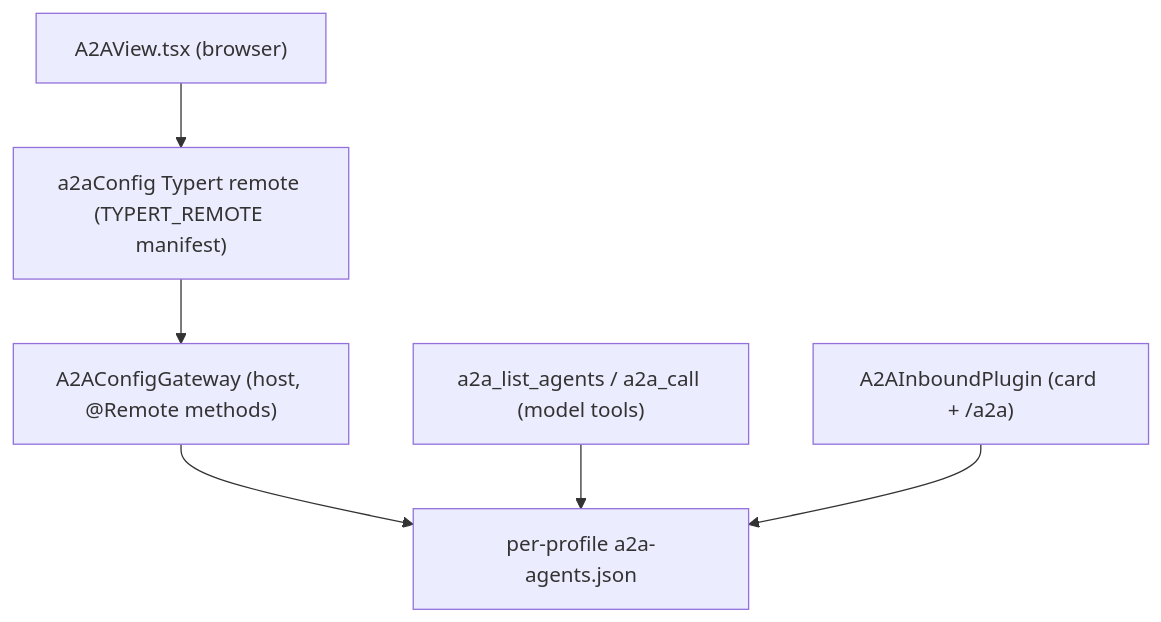
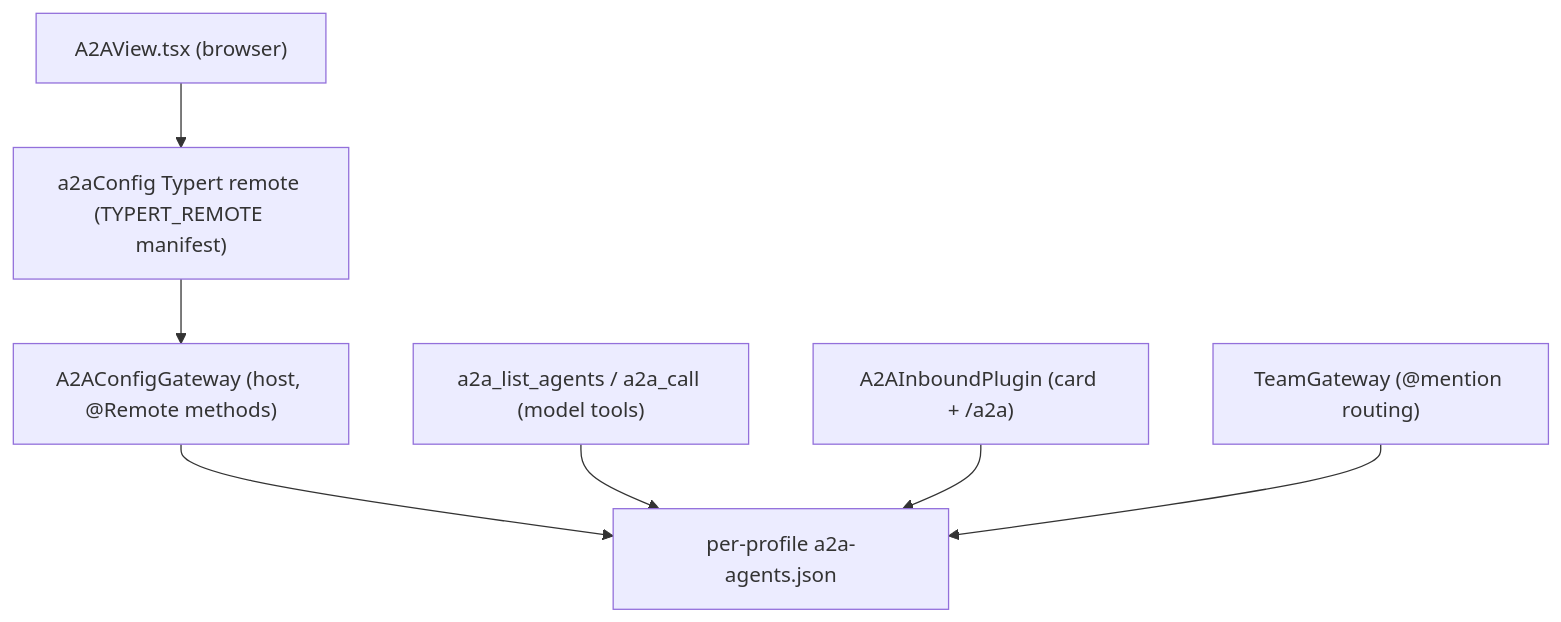
The first of 2 diagrams in openwiki/concepts/a2a-protocol.md (zw11591-sketch/dsh-pet-panel), drawn with Mermaid before and after one commit. The commit also changed other lines of this file and 53 other files, not shown here.

````diff
--- a/openwiki/concepts/a2a-protocol.md
+++ b/openwiki/concepts/a2a-protocol.md
@@ -27,13 +27,15 @@
 ```mermaid
 flowchart TD
     view["A2AView.tsx (browser)"]
     remote["a2aConfig Typert remote (TYPERT_REMOTE manifest)"]
     gw["A2AConfigGateway (host, @Remote methods)"]
     file["per-profile a2a-agents.json"]
     tools["a2a_list_agents / a2a_call (model tools)"]
     inb["A2AInboundPlugin (card + /a2a)"]
+    team["TeamGateway (@mention routing)"]
 
     view --> remote --> gw --> file
     tools --> file
     inb --> file
+    team --> file
 ```
````
